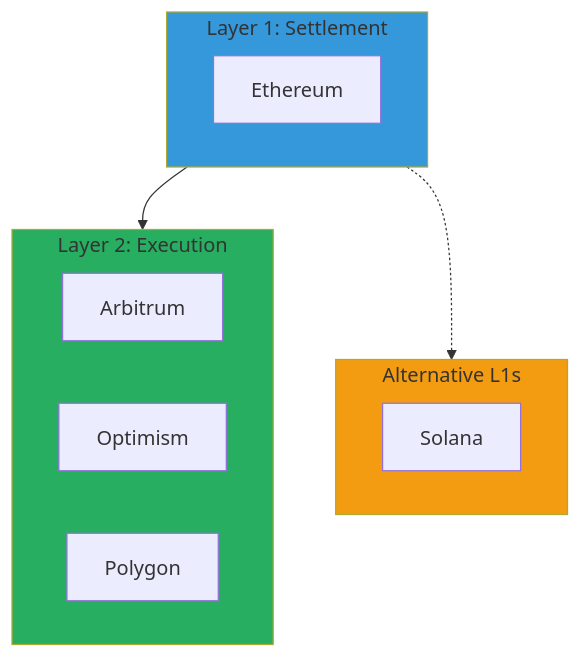
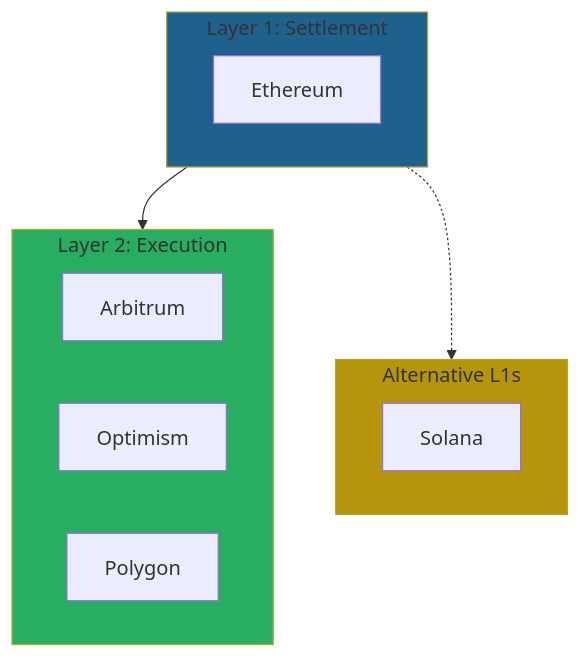
The second of 9 diagrams in docs/03-technology/blockchain-integration.md (CipherOcto/cipherocto), drawn with Mermaid before and after one commit. The commit also changed other lines of this file and 13 other files, not shown here.

First line of the commit message:
Improve Mermaid diagram accessibility: Fix color contrast

````diff
--- a/docs/03-technology/blockchain-integration.md
+++ b/docs/03-technology/blockchain-integration.md
@@ -55,26 +55,26 @@
 ```mermaid
 graph TB
     subgraph L1["Layer 1: Settlement"]
         direction LR
         ETH[Ethereum]
     end
 
     subgraph L2["Layer 2: Execution"]
         direction LR
         ARB[Arbitrum]
         OP[Optimism]
         POL[Polygon]
     end
 
     subgraph ALT["Alternative L1s"]
         direction LR
         SOL[Solana]
     end
 
     L1 --> L2
     L1 -.-> ALT
 
-    style L1 fill:#3498db
+    style L1 fill:#1f618d
     style L2 fill:#27ae60
-    style ALT fill:#f39c12
+    style ALT fill:#b7950b
 ```
````
